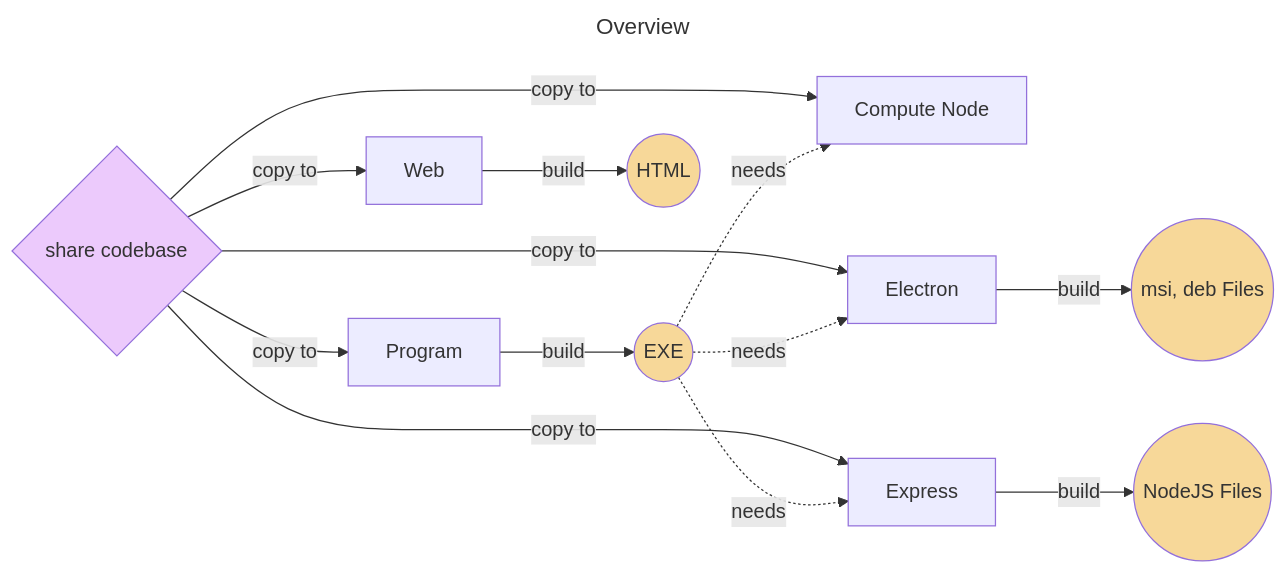
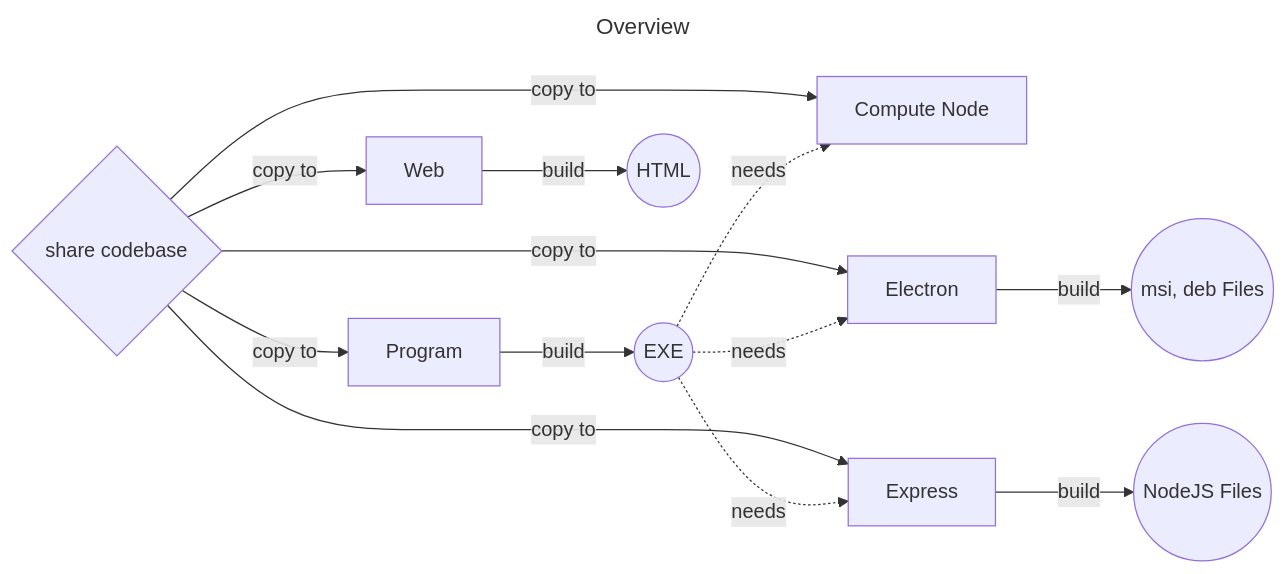
The diagram in docs/DEV/structure.md (Verteilen/wiki), drawn with Mermaid before and after one commit. The commit also changed 55 other files, not shown here.

````diff
--- a/docs/DEV/structure.md
+++ b/docs/DEV/structure.md
@@ -3,23 +3,18 @@
 ``` mermaid
 ---
 title: Overview
 ---
 graph LR
     A{share codebase} -->|copy to| B[Program]
     A -->|copy to| C[Compute Node]
     A -->|copy to| D[Web]
     A -->|copy to| E[Electron]
     A -->|copy to| F[Express]
     B -->|build| G((EXE))
     G -.->|needs| C
     G -.->|needs| E
     G -.->|needs| F
     D -->|build| H((HTML))
     E -->|build| I((msi, deb Files))
     F -->|build| J((NodeJS Files))
-    style G fill:#f7d899
-    style H fill:#f7d899
-    style I fill:#f7d899
-    style J fill:#f7d899
-    style A fill:#eccafc
 ```
````
